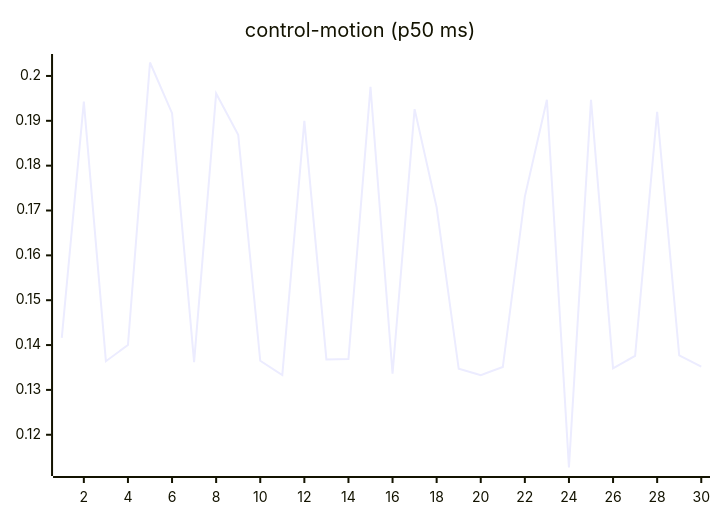
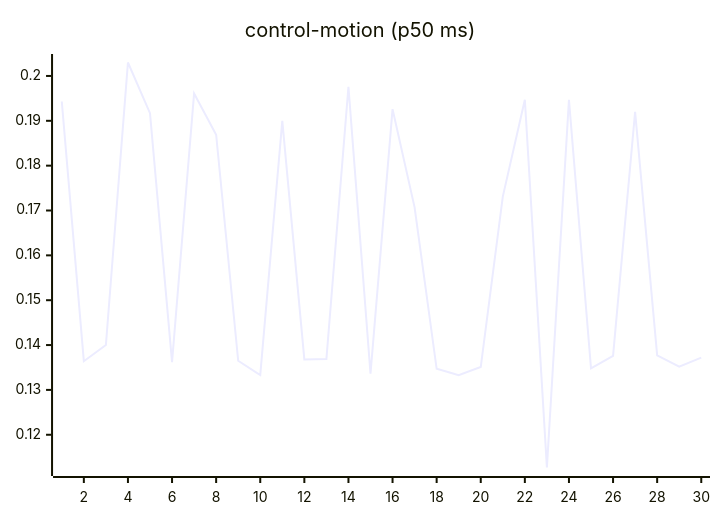
Before and after one commit to josha/Facet: the seventh of 27 diagrams in README.md, drawn with Mermaid. The commit also changed other lines of this file and 2 other files, not shown here.

````diff
--- a/README.md
+++ b/README.md
@@ -105,6 +105,6 @@
 ```mermaid
 xychart-beta
     title "control-motion (p50 ms)"
     x-axis 1 --> 30
-    line [0.1416, 0.1943, 0.1364, 0.1400, 0.2030, 0.1917, 0.1362, 0.1961, 0.1869, 0.1365, 0.1333, 0.1900, 0.1368, 0.1369, 0.1976, 0.1336, 0.1926, 0.1707, 0.1347, 0.1333, 0.1351, 0.1731, 0.1947, 0.1127, 0.1947, 0.1348, 0.1376, 0.1920, 0.1377, 0.1352]
+    line [0.1943, 0.1364, 0.1400, 0.2030, 0.1917, 0.1362, 0.1961, 0.1869, 0.1365, 0.1333, 0.1900, 0.1368, 0.1369, 0.1976, 0.1336, 0.1926, 0.1707, 0.1347, 0.1333, 0.1351, 0.1731, 0.1947, 0.1127, 0.1947, 0.1348, 0.1376, 0.1920, 0.1377, 0.1352, 0.1372]
 ```
````
